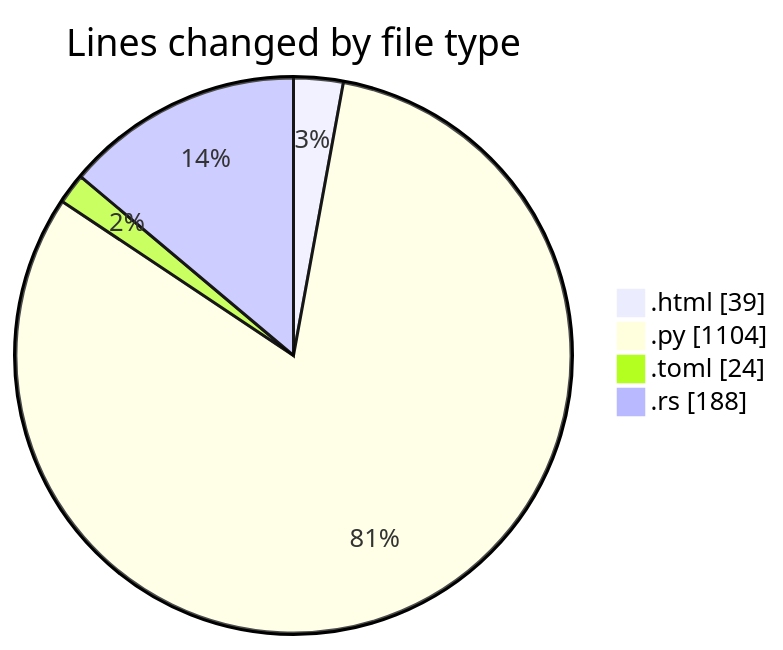
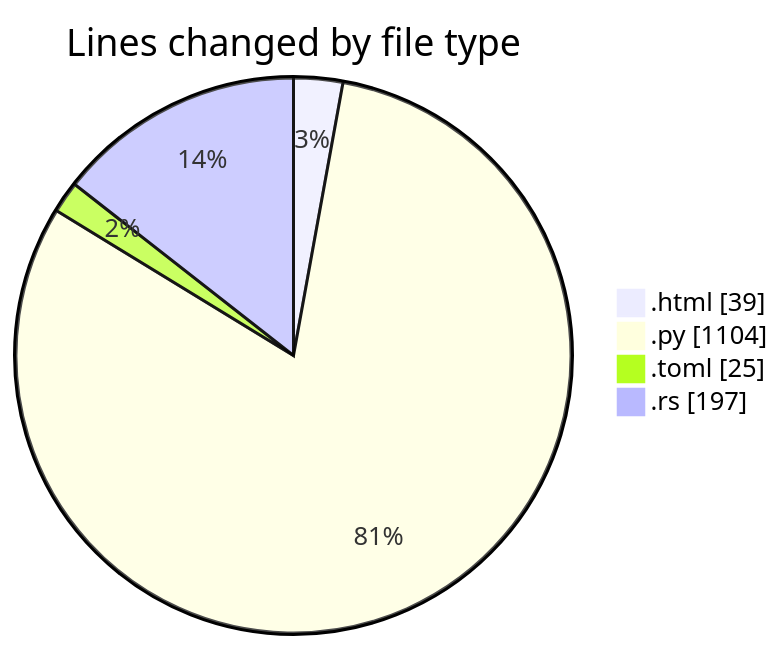
Before and after one commit to Ritupan-Deka/code-tracking: the first of 2 diagrams in 2025-06-22/___base/README.md, drawn with Mermaid. The commit also changed other lines of this file and 1 other file, not shown here.

````diff
--- a/2025-06-22/___base/README.md
+++ b/2025-06-22/___base/README.md
@@ -25,8 +25,8 @@
 ```mermaid
 pie showData
 title Lines changed by file type
 ".html" : 39
 ".py" : 1104
-".toml" : 24
-".rs" : 188
+".toml" : 25
+".rs" : 197
 ```
````
